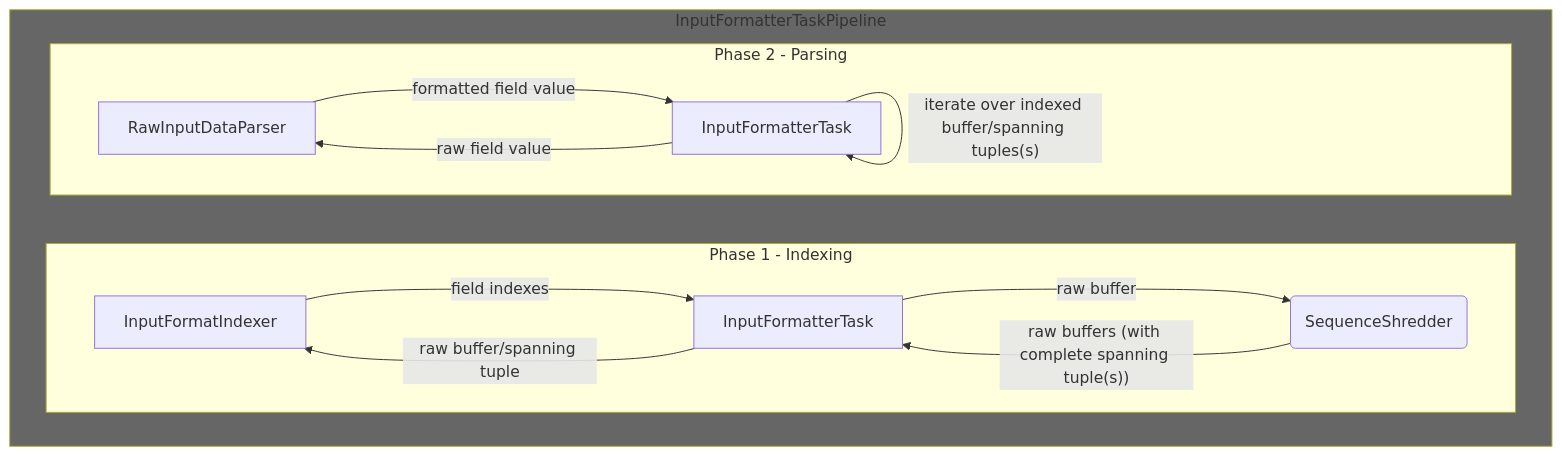
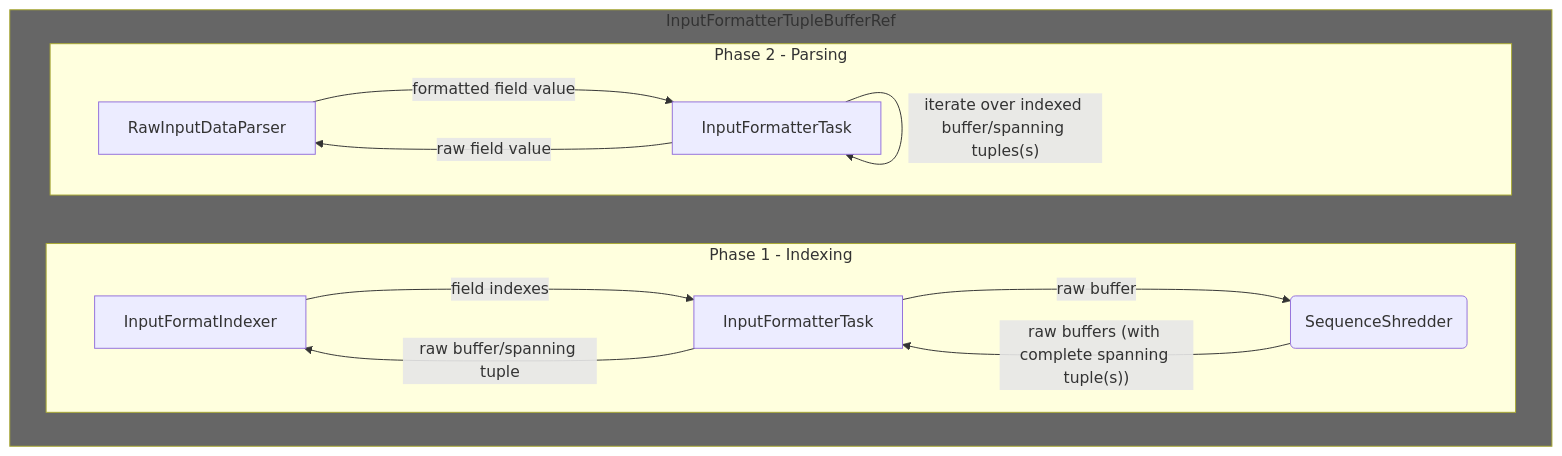
Before and after one commit to nebulastream/nebulastream: the second of 3 diagrams in nes-input-formatters/README.md, drawn with Mermaid. The commit also changed other lines of this file and 14 other files, not shown here.

Commit message:
renamed InputFormatterTaskPipeline and moved ScanPhysicalOperator back

````diff
--- a/nes-input-formatters/README.md
+++ b/nes-input-formatters/README.md
@@ -137,21 +137,21 @@
 ```mermaid
 flowchart TB
-    subgraph InputFormatterTaskPipeline
+    subgraph InputFormatterTupleBufferRef
         subgraph Phase 1 - Indexing
             direction LR
             B[InputFormatIndexer] --->|field indexes| A(InputFormatterTask)
             A[InputFormatterTask] --->|raw buffer/spanning tuple| B(InputFormatIndexer)
             C[InputFormatterTask] --->|" raw buffers (with complete spanning tuple(s)) "| A(SequenceShredder)
             A[InputFormatterTask] --->|raw buffer| C(SequenceShredder)
             B[InputFormatIndexer]
         end
         subgraph "Phase 2 - Parsing"
             direction LR
             N[InputFormatterTask] --->|formatted field value| M(RawInputDataParser)
             M[InputFormatterTask] --->|raw field value| N(RawInputDataParser)
             M --->|" iterate over indexed buffer/spanning tuples(s) "| M
             N[RawInputDataParser]
         end
-        style InputFormatterTaskPipeline fill: #666666
+        style InputFormatterTupleBufferRef fill: #666666
     end
 ```
````
